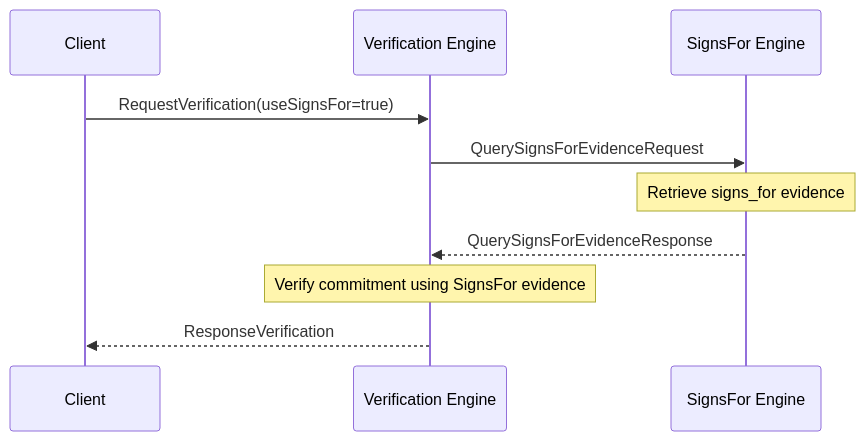
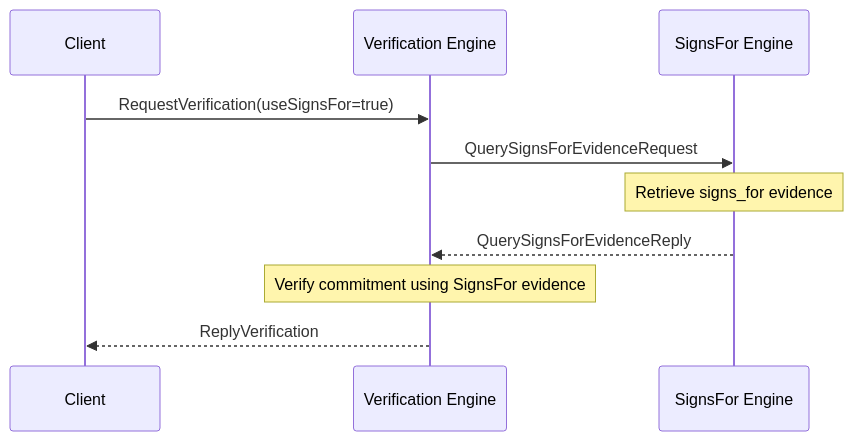
Before and after one commit to anoma/nspec: the second of 2 diagrams in docs/arch/node/engines/verification_messages.juvix.md, drawn with Mermaid. The commit also changed other lines of this file and 37 other files, not shown here.

Commit message:
Renamed all instances of "Response" to "Reply" in message interfaces for consistency across commitment, decryption, identity management, and other engines.

````diff
--- a/docs/arch/node/engines/verification_messages.juvix.md
+++ b/docs/arch/node/engines/verification_messages.juvix.md
@@ -54,13 +58,13 @@
 ```mermaid
 sequenceDiagram
     participant C as Client
     participant VE as Verification Engine
     participant SF as SignsFor Engine
 
     C->>VE: RequestVerification(useSignsFor=true)
     VE->>SF: QuerySignsForEvidenceRequest
     Note over SF: Retrieve signs_for evidence
-    SF-->>VE: QuerySignsForEvidenceResponse
+    SF-->>VE: QuerySignsForEvidenceReply
     Note over VE: Verify commitment using SignsFor evidence
-    VE-->>C: ResponseVerification
+    VE-->>C: ReplyVerification
 ```
````
